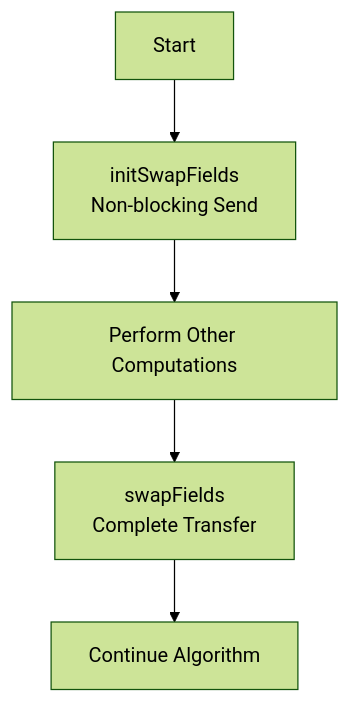
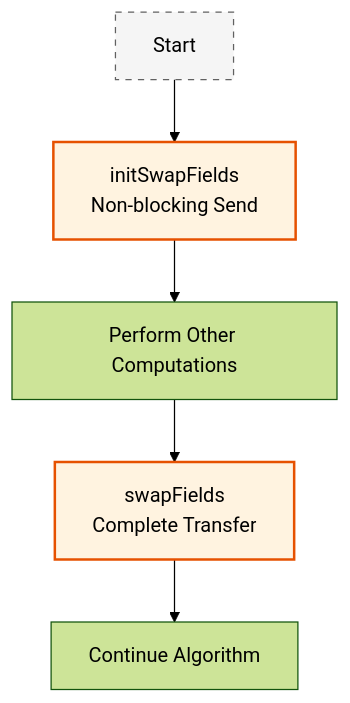
One commit to wramet/build-my-cfd changed the third of 3 diagrams in MODULE_04_MULTIPHASE_FUNDAMENTALS/CONTENT/09_IMPLEMENTATION_ARCHITECTURE/05_Parallel_Implementation.md. Above: the diagram before and after it, drawn with Mermaid (forest theme). The commit also changed other lines of this file and 313 other files, not shown here.

Commit message:
Revise all diagram

````diff
--- a/MODULE_04_MULTIPHASE_FUNDAMENTALS/CONTENT/09_IMPLEMENTATION_ARCHITECTURE/05_Parallel_Implementation.md
+++ b/MODULE_04_MULTIPHASE_FUNDAMENTALS/CONTENT/09_IMPLEMENTATION_ARCHITECTURE/05_Parallel_Implementation.md
@@ -362,7 +362,10 @@
 ```mermaid
 flowchart TD
-    A[Start] --> B[initSwapFields<br/>Non-blocking Send]
-    B --> C[Perform Other Computations]
-    C --> D[swapFields<br/>Complete Transfer]
-    D --> E[Continue Algorithm]
+classDef implicit fill:#e1f5fe,stroke:#01579b,stroke-width:2px,color:#000
+classDef explicit fill:#fff3e0,stroke:#e65100,stroke-width:2px,color:#000
+classDef context fill:#f5f5f5,stroke:#616161,stroke-width:1px,color:#000,stroke-dasharray: 5 5
+A[Start]:::context --> B[initSwapFields<br/>Non-blocking Send]:::explicit
+B --> C[Perform Other Computations]
+C --> D[swapFields<br/>Complete Transfer]:::explicit
+D --> E[Continue Algorithm]
 ```
````
